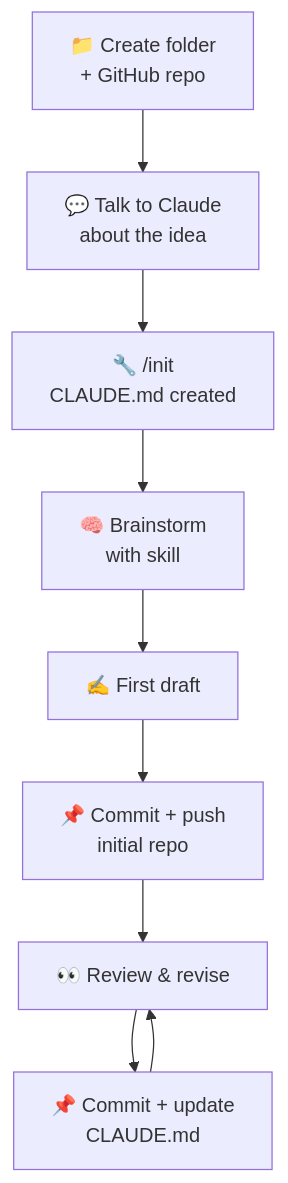
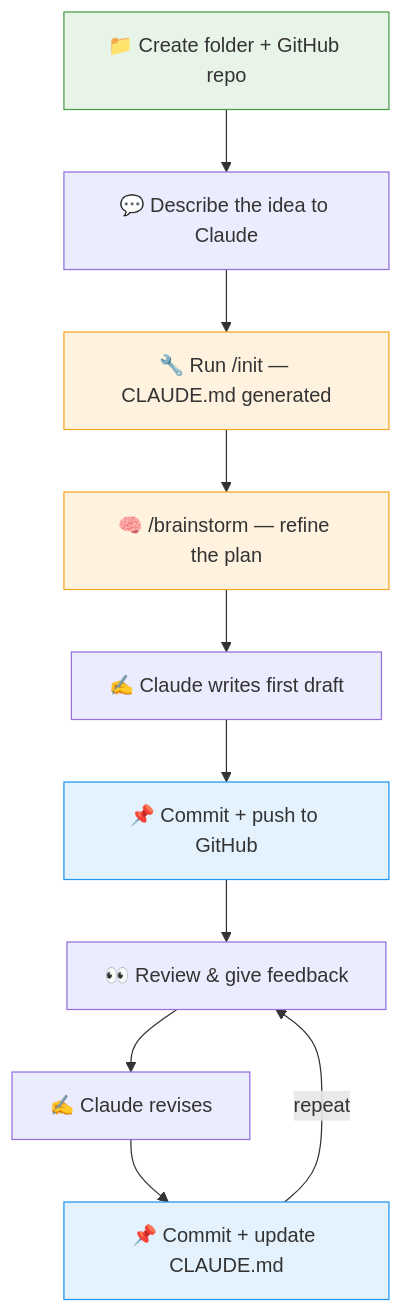
The diagram in README.md (TongShan4869/claude-code_for_non-tech), drawn with Mermaid before and after one commit.

Commit message:
docs: improve process flowchart with clearer labels and color coding

````diff
--- a/README.md
+++ b/README.md
@@ -207,11 +207,18 @@
 ```mermaid
 flowchart TD
-    A["📁 Create folder\n+ GitHub repo"] --> B["💬 Talk to Claude\nabout the idea"]
-    B --> C["🔧 /init\nCLAUDE.md created"]
-    C --> D["🧠 Brainstorm\nwith skill"]
-    D --> E["✍️ First draft"]
-    E --> F["📌 Commit + push\ninitial repo"]
-    F --> G["👀 Review & revise"]
-    G --> H["📌 Commit + update\nCLAUDE.md"]
-    H --> G
+    A["📁 Create folder + GitHub repo"] --> B["💬 Describe the idea to Claude"]
+    B --> C["🔧 Run /init — CLAUDE.md generated"]
+    C --> D["🧠 /brainstorm — refine the plan"]
+    D --> E["✍️ Claude writes first draft"]
+    E --> F["📌 Commit + push to GitHub"]
+    F --> G["👀 Review & give feedback"]
+    G --> H["✍️ Claude revises"]
+    H --> I["📌 Commit + update CLAUDE.md"]
+    I -->|"repeat"| G
+
+    style A fill:#e8f4e8,stroke:#4a9e4a
+    style C fill:#fff3e0,stroke:#f5a623
+    style D fill:#fff3e0,stroke:#f5a623
+    style F fill:#e3f2fd,stroke:#2196f3
+    style I fill:#e3f2fd,stroke:#2196f3
 ```
````
